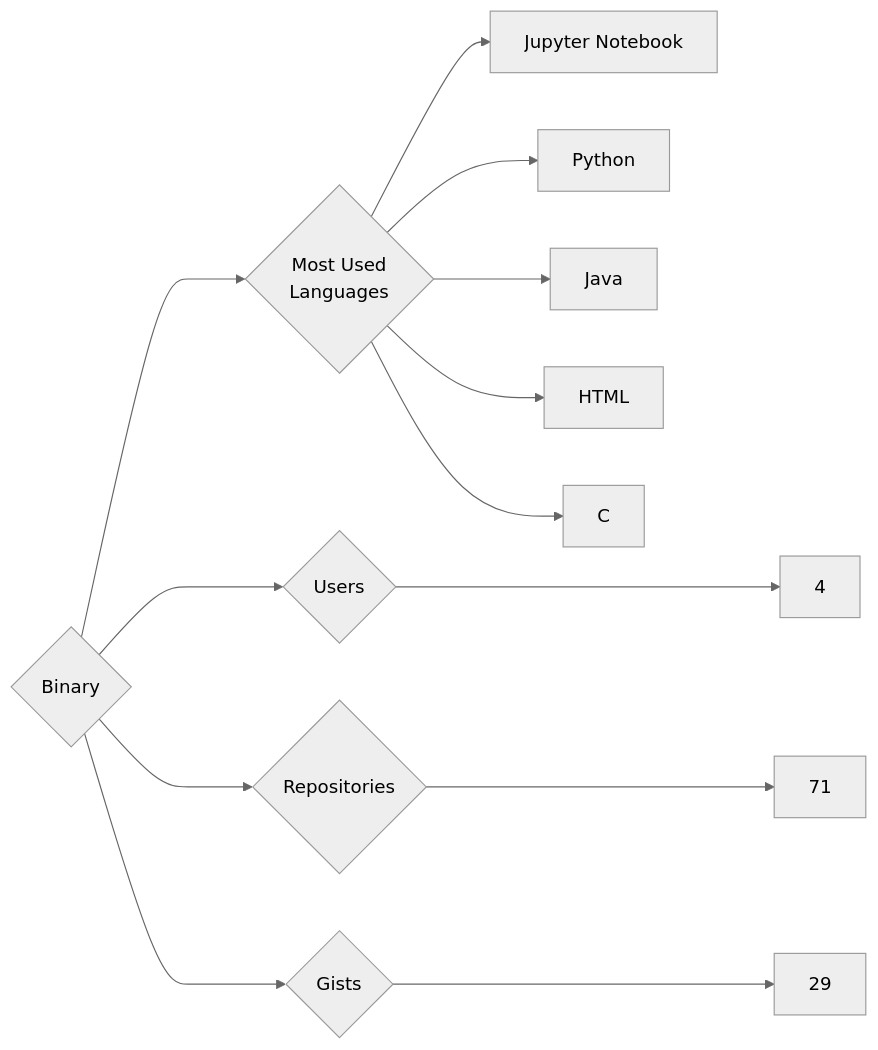
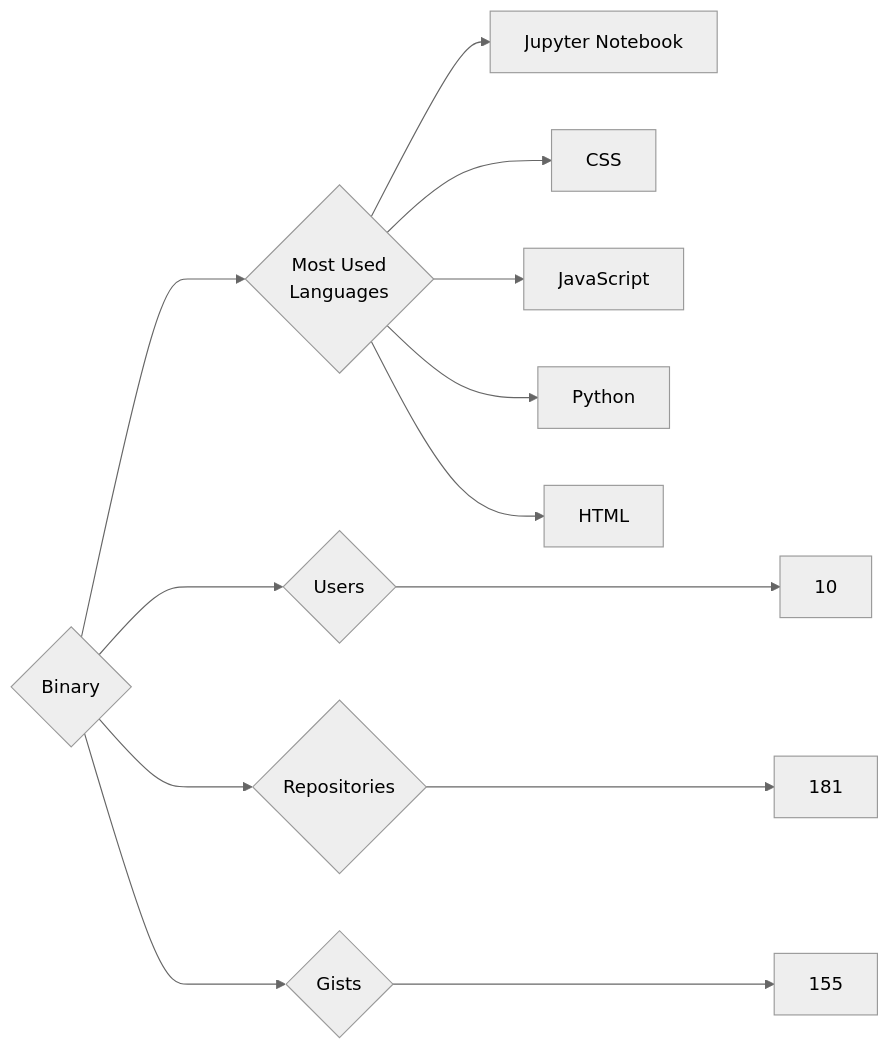
Before and after one commit to trickest/insiders: the diagram in targets/Binary/README.md, drawn with Mermaid (neutral theme). The commit also changed 1055 other files, not shown here.

````diff
--- a/targets/Binary/README.md
+++ b/targets/Binary/README.md
@@ -3,13 +3,13 @@
 ```mermaid
 graph LR
 COMPANY_NAME{Binary}
-COMPANY_NAME ---> U{Users} ---> UN[4]
-COMPANY_NAME ---> R{Repositories} ---> RN[71]
-COMPANY_NAME ---> G{Gists} ---> GN[29]
+COMPANY_NAME ---> U{Users} ---> UN[10]
+COMPANY_NAME ---> R{Repositories} ---> RN[181]
+COMPANY_NAME ---> G{Gists} ---> GN[155]
 COMPANY_NAME ---> ML{Most Used<br>Languages}
 ML --> Jupyter_Notebook[Jupyter Notebook]
+ML --> CSS[CSS]
+ML --> JavaScript[JavaScript]
 ML --> Python[Python]
-ML --> Java[Java]
 ML --> HTML[HTML]
-ML --> C[C]
 ```
````
